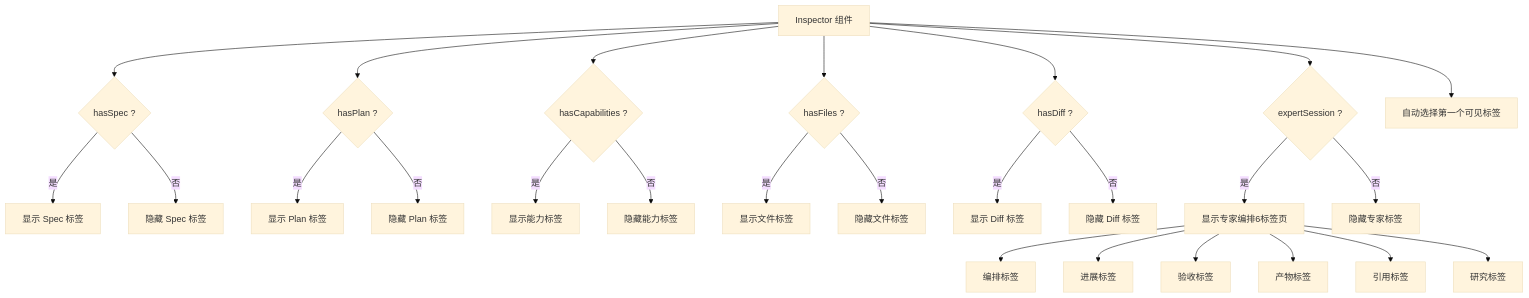
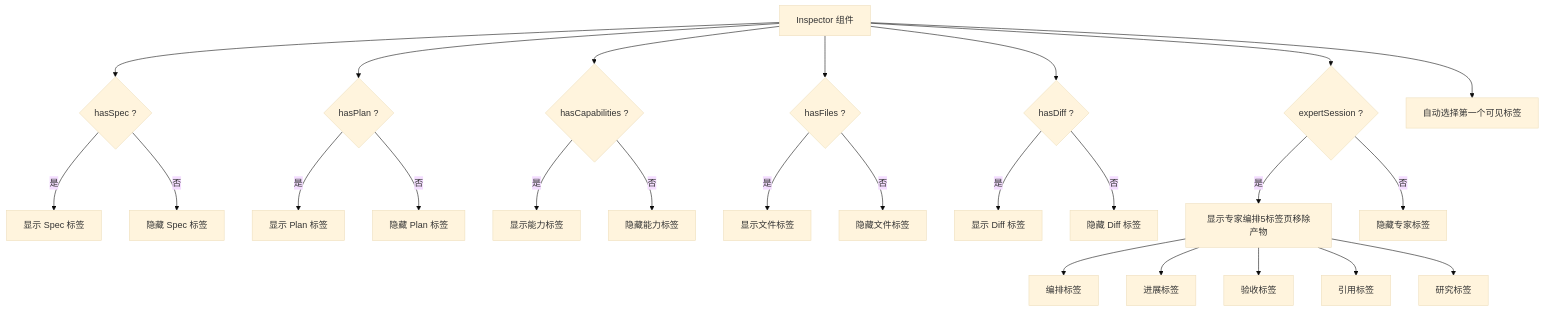
Before and after one commit to coconilu/RepoHelm: the sixth of 23 diagrams in .qoder/repowiki/zh/content/Web 前端应用/Web 前端应用.md, drawn with Mermaid (base theme). The commit also changed other lines of this file and 7 other files, not shown here.

````diff
--- a/.qoder/repowiki/zh/content/Web 前端应用/Web 前端应用.md
+++ b/.qoder/repowiki/zh/content/Web 前端应用/Web 前端应用.md
@@ -440,28 +460,27 @@
 ```mermaid
 flowchart TD
 Inspector["Inspector 组件"] --> HasSpec{"hasSpec ?"}
 HasSpec --> |是| SpecTab["显示 Spec 标签"]
 HasSpec --> |否| HideSpec["隐藏 Spec 标签"]
 Inspector --> HasPlan{"hasPlan ?"}
 HasPlan --> |是| PlanTab["显示 Plan 标签"]
 HasPlan --> |否| HidePlan["隐藏 Plan 标签"]
 Inspector --> HasCapabilities{"hasCapabilities ?"}
 HasCapabilities --> |是| CapabilitiesTab["显示能力标签"]
 HasCapabilities --> |否| HideCapabilities["隐藏能力标签"]
 Inspector --> HasFiles{"hasFiles ?"}
 HasFiles --> |是| FilesTab["显示文件标签"]
 HasFiles --> |否| HideFiles["隐藏文件标签"]
 Inspector --> HasDiff{"hasDiff ?"}
 HasDiff --> |是| DiffTab["显示 Diff 标签"]
 HasDiff --> |否| HideDiff["隐藏 Diff 标签"]
 Inspector --> HasExpert{"expertSession ?"}
-HasExpert --> |是| ExpertTabs["显示专家编排6标签页"]
+HasExpert --> |是| ExpertTabs["显示专家编排5标签页移除产物"]
 HasExpert --> |否| HideExpert["隐藏专家标签"]
 ExpertTabs --> Orchestration["编排标签"]
 ExpertTabs --> Progress["进展标签"]
 ExpertTabs --> Acceptance["验收标签"]
-ExpertTabs --> Deliverables["产物标签"]
 ExpertTabs --> References["引用标签"]
 ExpertTabs --> Research["研究标签"]
 Inspector --> AutoSelect["自动选择第一个可见标签"]
 ```
````
